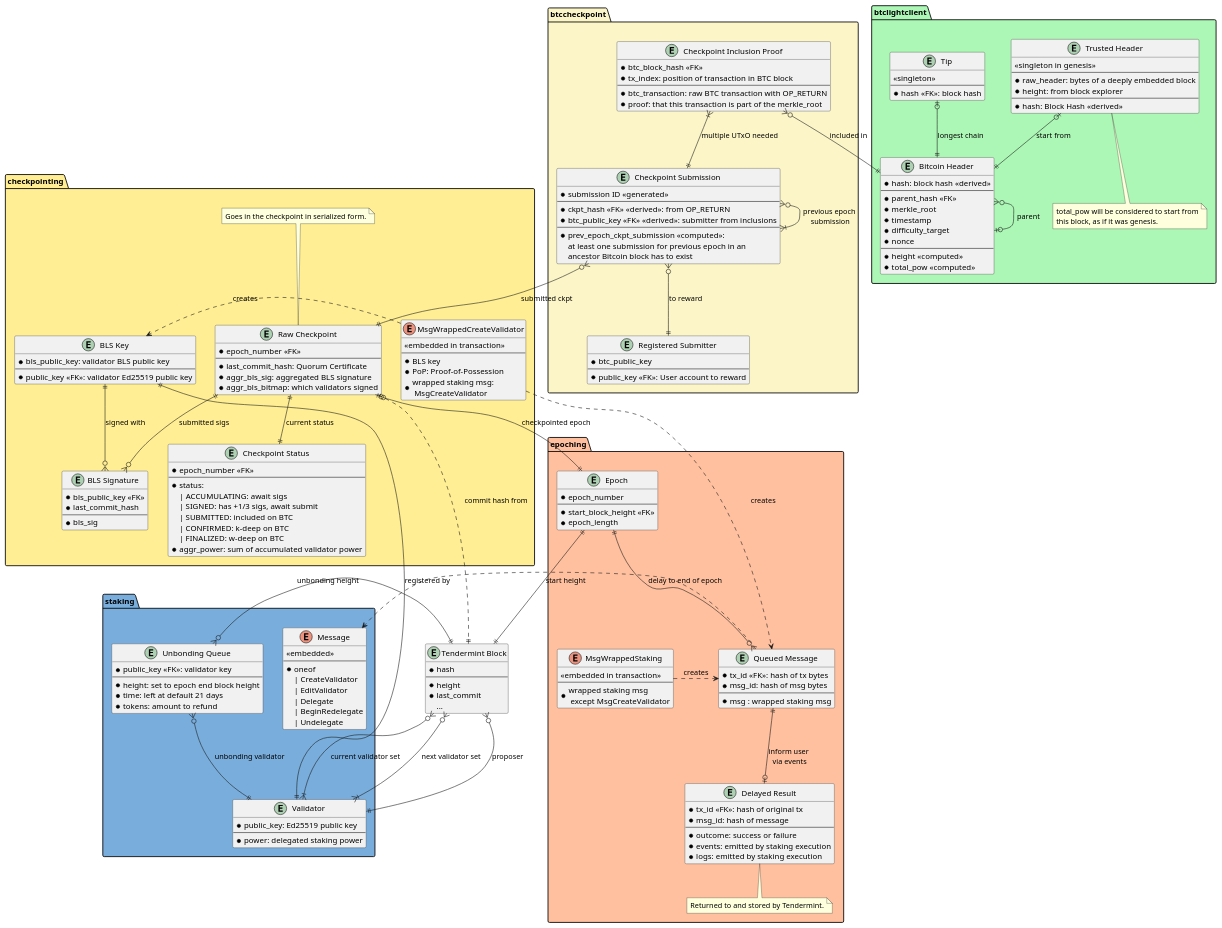
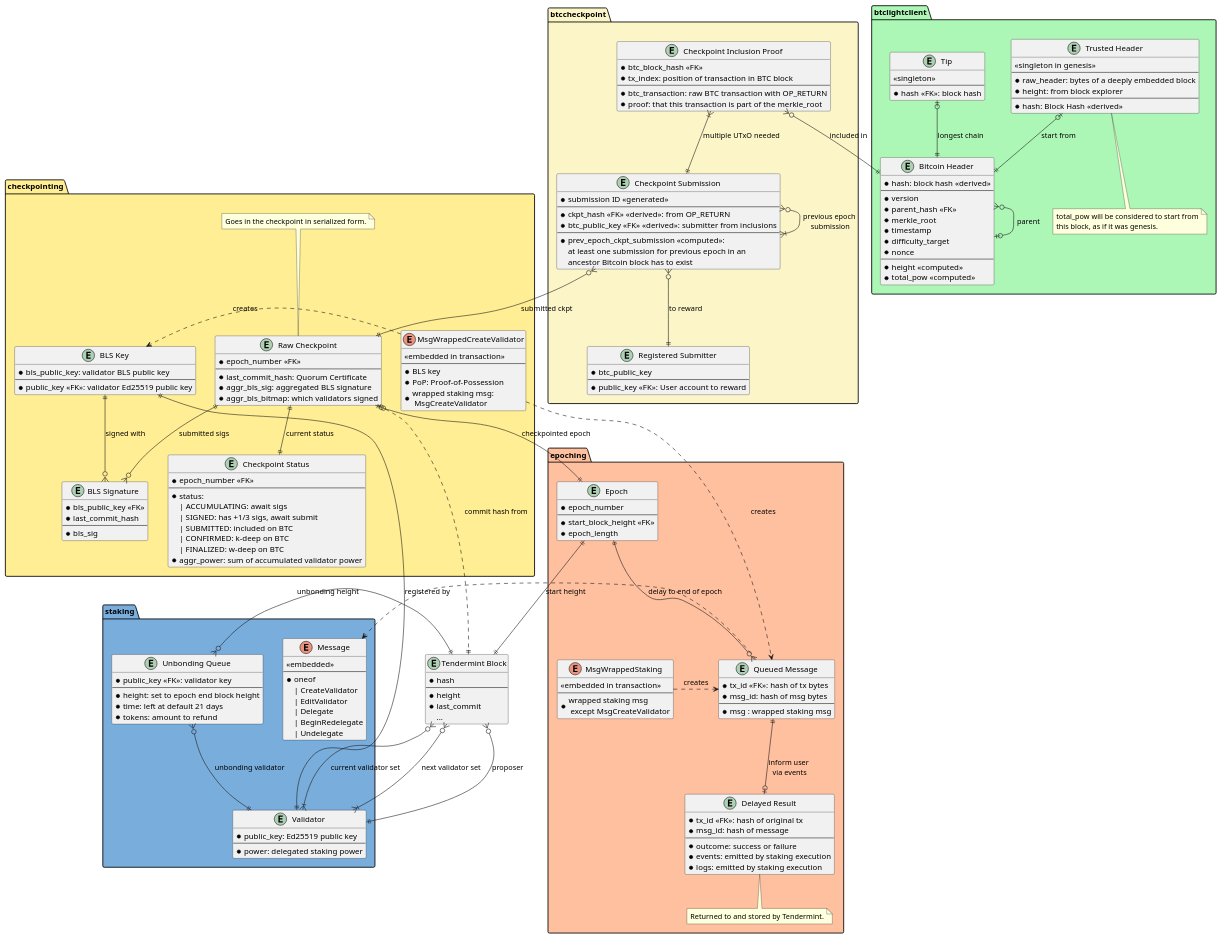
The diagram in docs/diagrams/database_schema.puml (babylonchain/babylon), drawn with PlantUML before and after one commit. The commit also changed 1 other file, not shown here.

Commit message:
BM-60: Add version to BTC header.

```diff
--- a/docs/diagrams/database_schema.puml
+++ b/docs/diagrams/database_schema.puml
@@ -146,6 +146,7 @@
   entity "Bitcoin Header" as btc_header {
     * hash: block hash <<derived>>
     --
+    * version
     * parent_hash <<FK>>
     * merkle_root
     * timestamp
```
